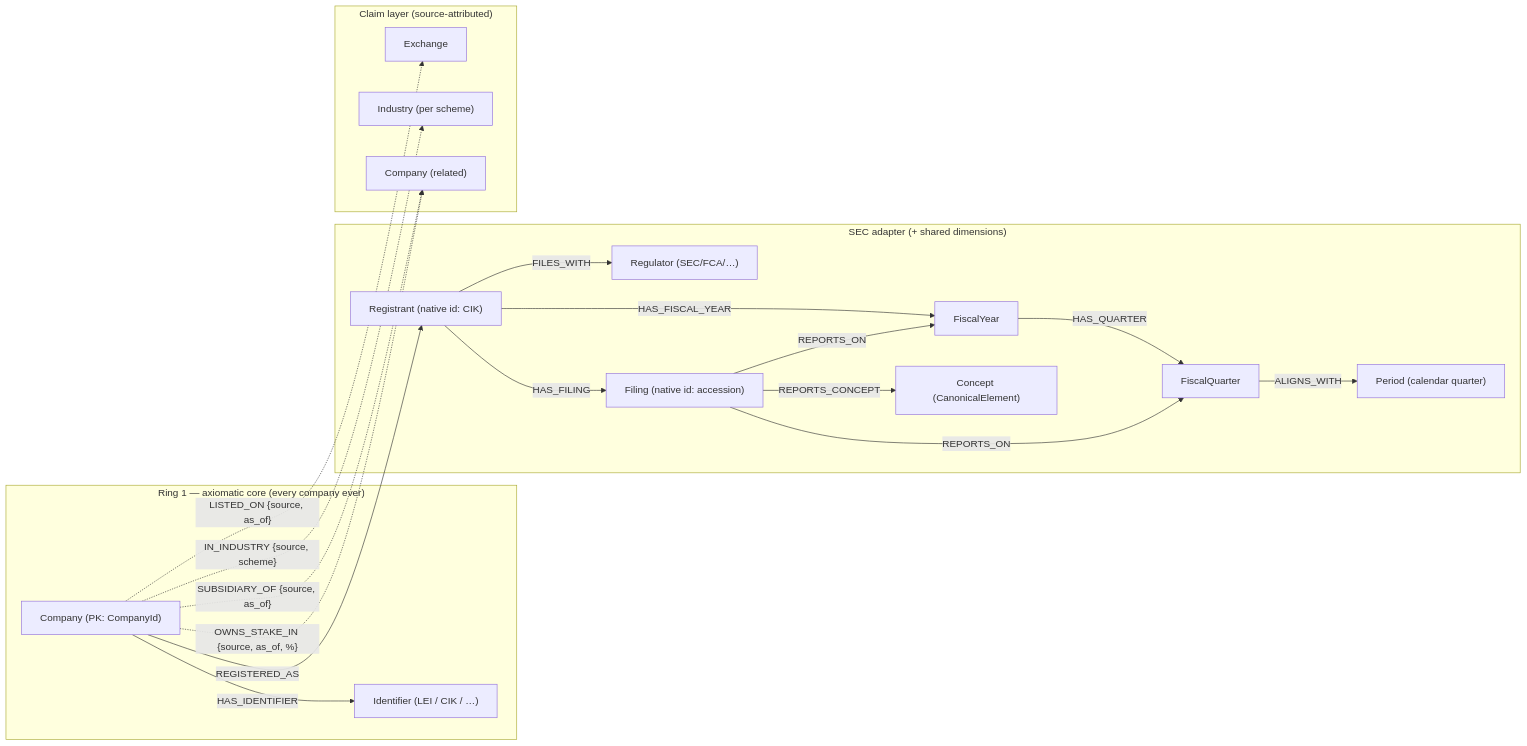
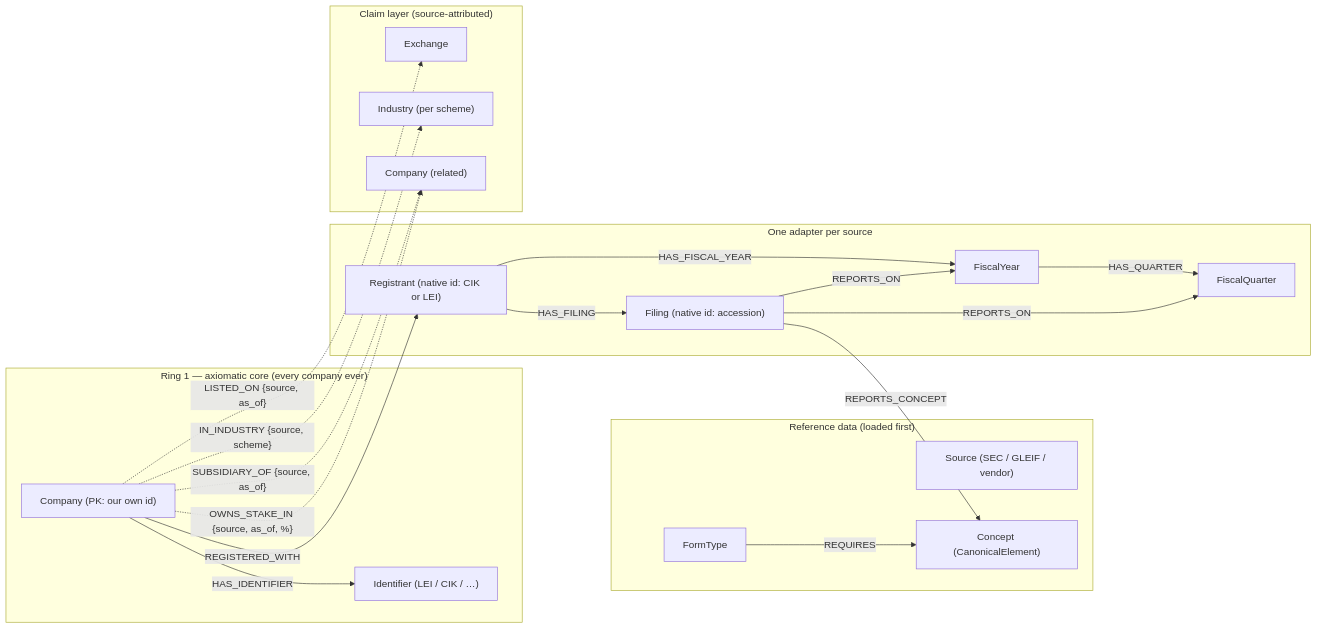
Before and after one commit to ironcapitaleu/graph-data-lab: the diagram in model/MODEL.md, drawn with Mermaid. The commit also changed other lines of this file and 41 other files, not shown here.

First line of the commit message:
feat: give companies their own id and turn shared labels into properties

````diff
--- a/model/MODEL.md
+++ b/model/MODEL.md
@@ -104,35 +111,36 @@
 ```mermaid
 graph LR
+  subgraph Reference["Reference data (loaded first)"]
+    S["Source (SEC / GLEIF / vendor)"]
+    T["FormType"]
+    K["Concept (CanonicalElement)"]
+  end
   subgraph CoreAx["Ring 1 — axiomatic core (every company ever)"]
-    C["Company (PK: CompanyId)"]
+    C["Company (PK: our own id)"]
     ID["Identifier (LEI / CIK / …)"]
   end
-  subgraph Adapter["SEC adapter (+ shared dimensions)"]
-    R["Regulator (SEC/FCA/…)"]
-    G["Registrant (native id: CIK)"]
+  subgraph Adapter["One adapter per source"]
+    G["Registrant (native id: CIK or LEI)"]
     Y["FiscalYear"]
     Q["FiscalQuarter"]
     F["Filing (native id: accession)"]
-    K["Concept (CanonicalElement)"]
-    P["Period (calendar quarter)"]
   end
   subgraph Claims["Claim layer (source-attributed)"]
     E["Exchange"]
     I["Industry (per scheme)"]
     C2["Company (related)"]
   end
+  T -- REQUIRES --> K
   C -- HAS_IDENTIFIER --> ID
-  C -- REGISTERED_AS --> G
-  G -- FILES_WITH --> R
+  C -- REGISTERED_WITH --> G
   G -- HAS_FILING --> F
   G -- HAS_FISCAL_YEAR --> Y
   Y -- HAS_QUARTER --> Q
   F -- REPORTS_ON --> Y
   F -- REPORTS_ON --> Q
-  Q -- ALIGNS_WITH --> P
   F -- REPORTS_CONCEPT --> K
   C -. "LISTED_ON {source, as_of}" .-> E
   C -. "IN_INDUSTRY {source, scheme}" .-> I
   C -. "SUBSIDIARY_OF {source, as_of}" .-> C2
   C -. "OWNS_STAKE_IN {source, as_of, %}" .-> C2
 ```
````
